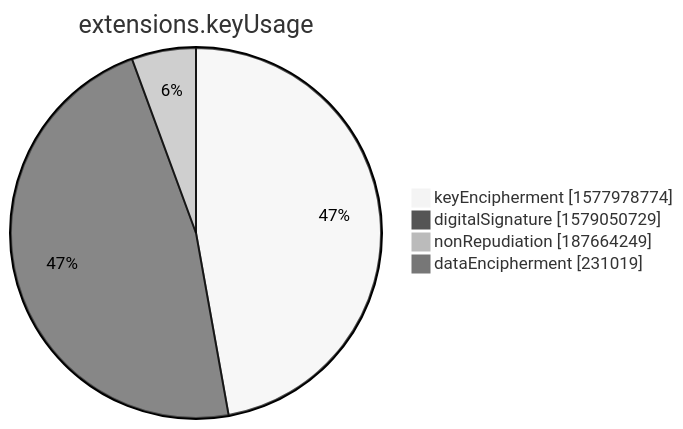
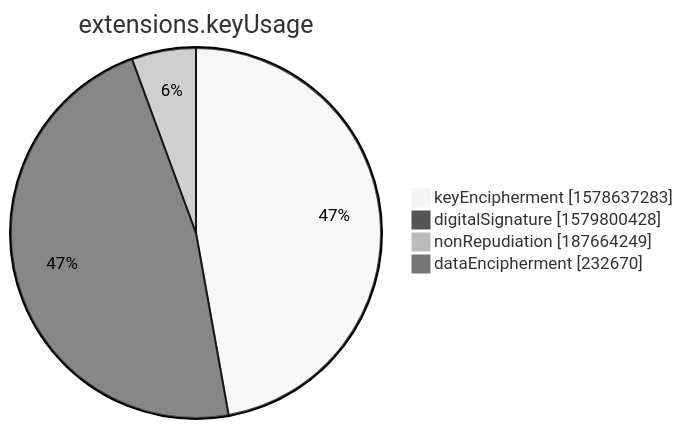
The seventh of 15 diagrams in xenon2022/README.md (christiankrug/ctmonitor_visualization), drawn with Mermaid (neutral theme) before and after one commit. The commit also changed other lines of this file, not shown here.

````diff
--- a/xenon2022/README.md
+++ b/xenon2022/README.md
@@ -2854,8 +2854,8 @@
 ```mermaid
 pie showData
 title extensions.keyUsage
-"keyEncipherment" :1577978774
-"digitalSignature" :1579050729
+"keyEncipherment" :1578637283
+"digitalSignature" :1579800428
 "nonRepudiation" :187664249
-"dataEncipherment" :231019
+"dataEncipherment" :232670
 ```
````
